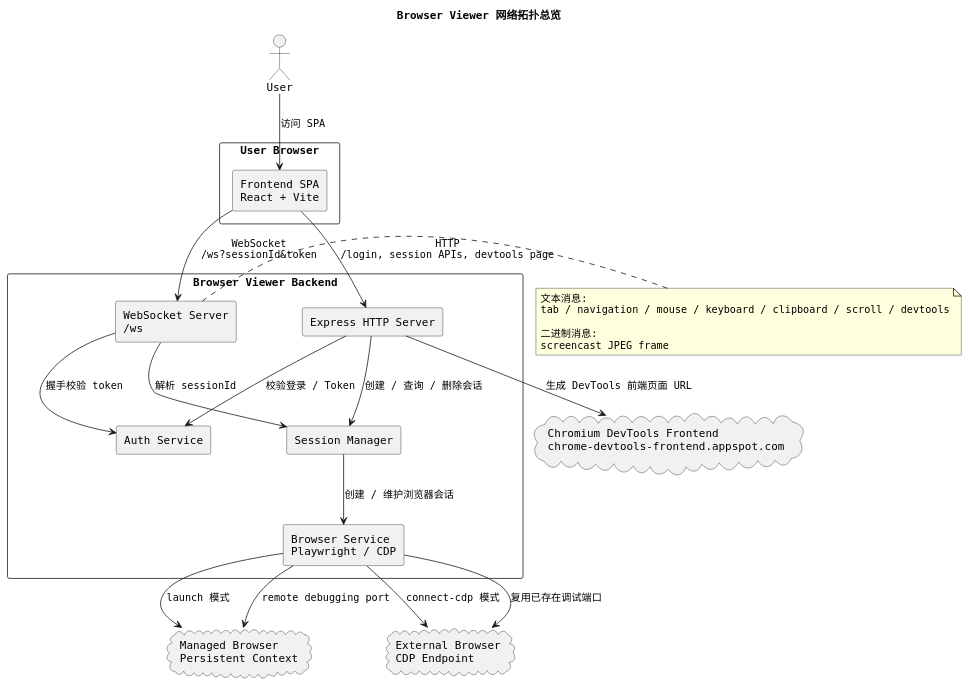
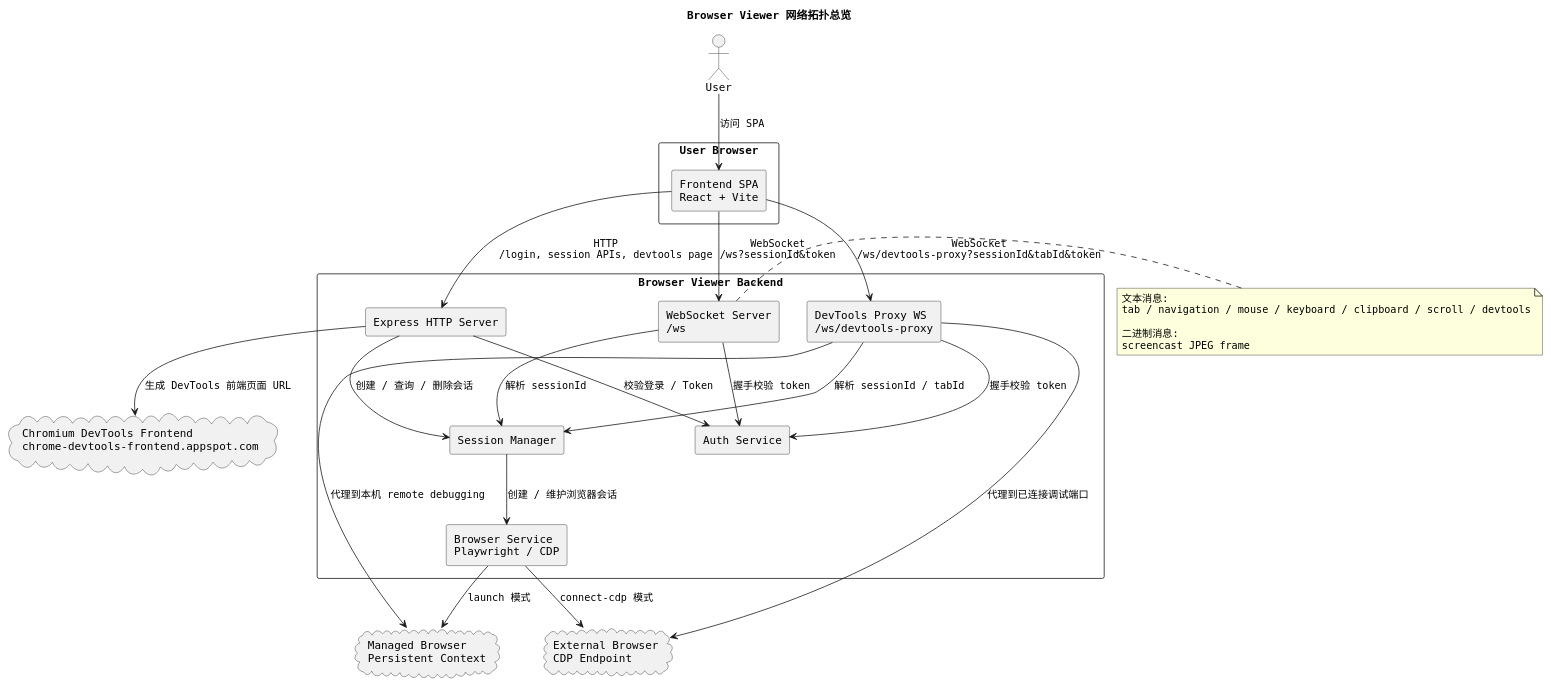
One commit to jackshen3102/run-weave changed the first of 6 diagrams in NETWORK-ROUTING-OVERVIEW.md. Above: the diagram before and after it, drawn with PlantUML. The commit also changed other lines of this file and 15 other files, not shown here.

Commit message:
Commit remaining devtools proxy changes

````diff
--- a/NETWORK-ROUTING-OVERVIEW.md
+++ b/NETWORK-ROUTING-OVERVIEW.md
@@ -18,53 +18,57 @@
 ```plantuml
 @startuml
 title Browser Viewer 网络拓扑总览
 
 skinparam componentStyle rectangle
 skinparam shadowing false
 skinparam defaultFontName Monospaced
 
 actor User as user
 
 rectangle "User Browser" as browser {
   component "Frontend SPA\nReact + Vite" as fe
 }
 
 rectangle "Browser Viewer Backend" as be {
   component "Express HTTP Server" as http
   component "WebSocket Server\n/ws" as ws
+  component "DevTools Proxy WS\n/ws/devtools-proxy" as devtoolsProxy
   component "Auth Service" as auth
   component "Session Manager" as sessionMgr
   component "Browser Service\nPlaywright / CDP" as browserSvc
 }
 
 cloud "Managed Browser\nPersistent Context" as managedBrowser
 cloud "External Browser\nCDP Endpoint" as cdpBrowser
 cloud "Chromium DevTools Frontend\nchrome-devtools-frontend.appspot.com" as devtoolsFrontend
 
 user --> fe : 访问 SPA
 fe --> http : HTTP\n/login, session APIs, devtools page
 fe --> ws : WebSocket\n/ws?sessionId&token
+fe --> devtoolsProxy : WebSocket\n/ws/devtools-proxy?sessionId&tabId&token
 
 http --> auth : 校验登录 / Token
 http --> sessionMgr : 创建 / 查询 / 删除会话
 ws --> auth : 握手校验 token
 ws --> sessionMgr : 解析 sessionId
+devtoolsProxy --> auth : 握手校验 token
+devtoolsProxy --> sessionMgr : 解析 sessionId / tabId
 sessionMgr --> browserSvc : 创建 / 维护浏览器会话
 
 browserSvc --> managedBrowser : launch 模式
 browserSvc --> cdpBrowser : connect-cdp 模式
 
 http --> devtoolsFrontend : 生成 DevTools 前端页面 URL
-browserSvc --> managedBrowser : remote debugging port
-browserSvc --> cdpBrowser : 复用已存在调试端口
+devtoolsProxy --> managedBrowser : 代理到本机 remote debugging
+devtoolsProxy --> cdpBrowser : 代理到已连接调试端口
 
 note right of ws
   文本消息:
   tab / navigation / mouse / keyboard / clipboard / scroll / devtools
 
   二进制消息:
   screencast JPEG frame
 end note
 
 @enduml
 ```
````
